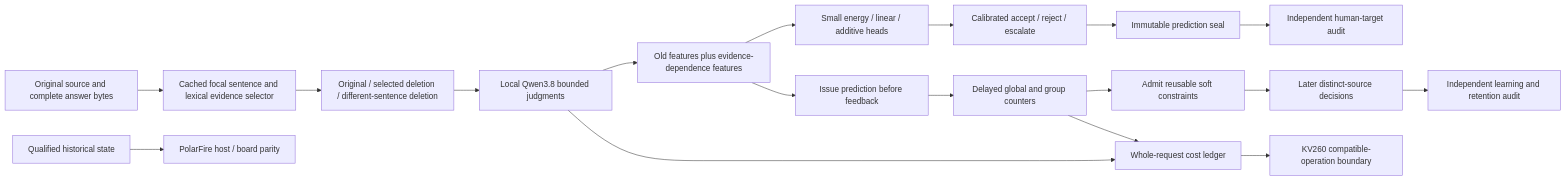
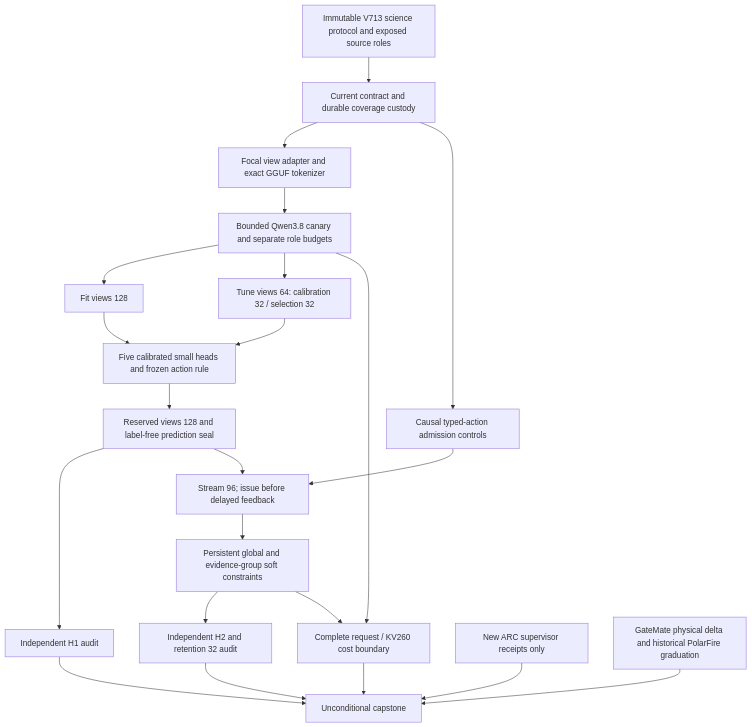
Before and after one commit to Carnot-EBM/carnot-ebm: the first of 2 diagrams in openspec/change-proposals/research-roadmap-vNEXT.md, drawn with Mermaid. The commit also changed other lines of this file and 12 other files, not shown here.

````diff
--- a/openspec/change-proposals/research-roadmap-vNEXT.md
+++ b/openspec/change-proposals/research-roadmap-vNEXT.md
@@ -84,20 +104,24 @@
 ```mermaid
-flowchart LR
-  B[Original source and complete answer bytes] --> F[Cached focal sentence and lexical evidence selector]
-  F --> V[Original / selected deletion / different-sentence deletion]
-  V --> Q[Local Qwen3.8 bounded judgments]
-  Q --> X[Old features plus evidence-dependence features]
-  X --> H[Small energy / linear / additive heads]
-  H --> D[Calibrated accept / reject / escalate]
-  D --> S[Immutable prediction seal]
-  S --> A[Independent human-target audit]
-  X --> I[Issue prediction before feedback]
-  I --> L[Delayed global and group counters]
-  L --> C[Admit reusable soft constraints]
-  C --> N[Later distinct-source decisions]
-  N --> R[Independent learning and retention audit]
-  Q --> T[Whole-request cost ledger]
-  L --> T
-  T --> K[KV260 compatible-operation boundary]
-  P[Qualified historical state] --> PF[PolarFire host / board parity]
+flowchart TD
+  H[Immutable V713 science protocol and exposed source roles] --> Q[Current contract and durable coverage custody]
+  Q --> V[Focal view adapter and exact GGUF tokenizer]
+  Q --> L[Causal typed-action admission controls]
+  V --> C[Bounded Qwen3.8 canary and separate role budgets]
+  C --> F[Fit views 128]
+  C --> T[Tune views 64: calibration 32 / selection 32]
+  F --> E[Five calibrated small heads and frozen action rule]
+  T --> E
+  E --> R[Reserved views 128 and label-free prediction seal]
+  R --> A[Independent H1 audit]
+  R --> S[Stream 96; issue before delayed feedback]
+  L --> S
+  S --> M[Persistent global and evidence-group soft constraints]
+  M --> B[Independent H2 and retention 32 audit]
+  C --> K[Complete request / KV260 cost boundary]
+  M --> K
+  X[New ARC supervisor receipts only] --> Z[Unconditional capstone]
+  A --> Z
+  B --> Z
+  K --> Z
+  G[GateMate physical delta and historical PolarFire graduation] --> Z
 ```
````
